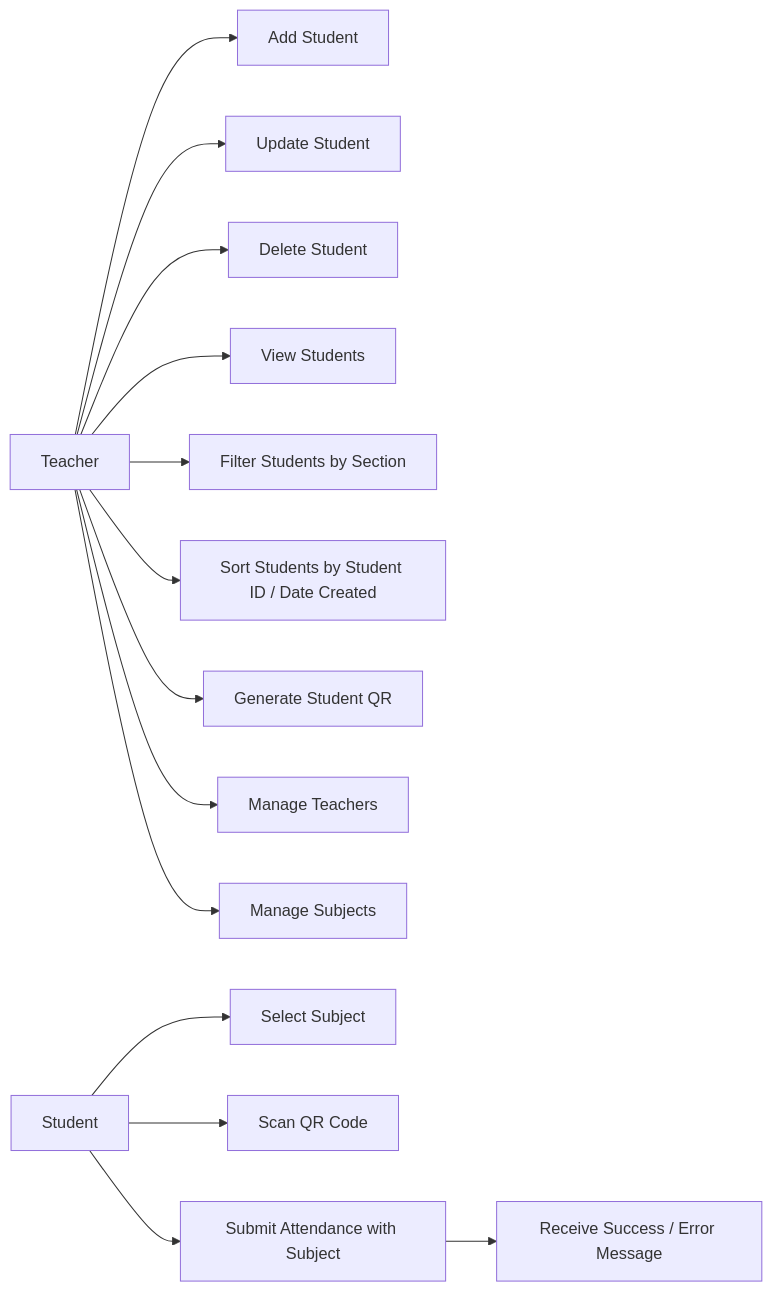
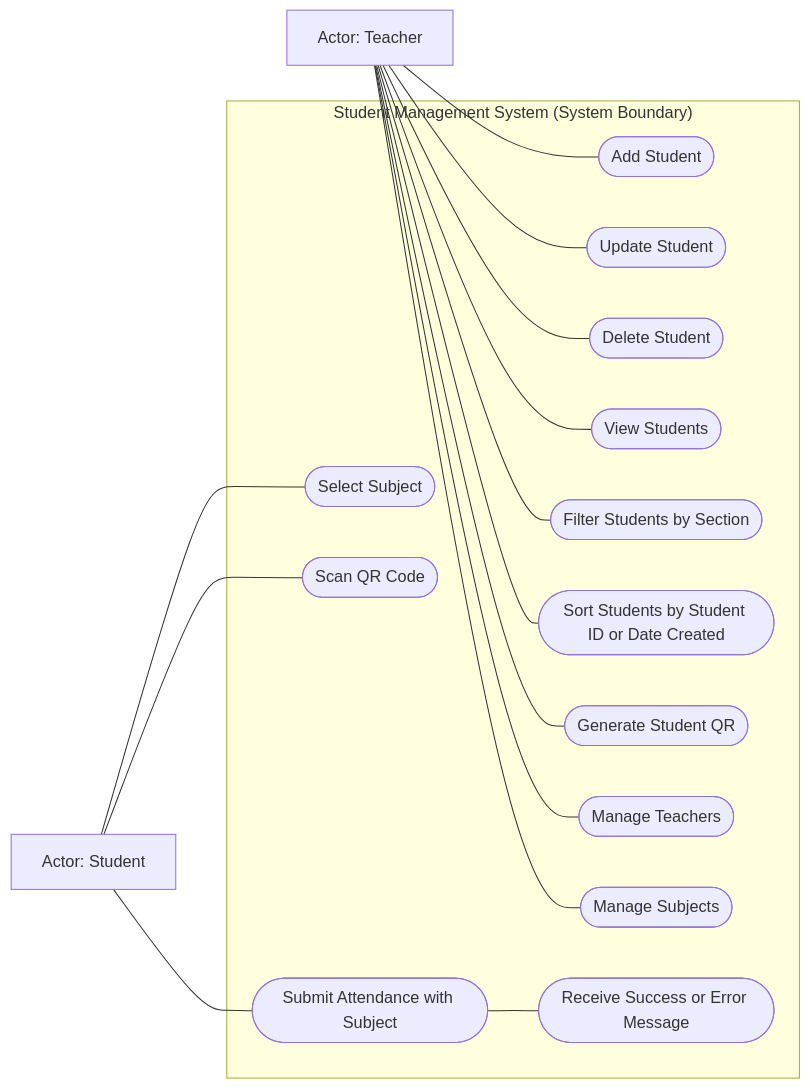
The first of 5 diagrams in README.md (OlegAngelo/student-management-system), drawn with Mermaid before and after one commit. The commit also changed other lines of this file, not shown here.

Commit message:
updaate readme for use case diagram and add QR code system flow

````diff
--- a/README.md
+++ b/README.md
@@ -80,17 +80,36 @@
 ```mermaid
 flowchart LR
-    T[Teacher] --> UC1[Add Student]
-    T --> UC2[Update Student]
-    T --> UC3[Delete Student]
-    T --> UC4[View Students]
-    T --> UC5[Filter Students by Section]
-    T --> UC6[Sort Students by Student ID / Date Created]
-    T --> UC7[Generate Student QR]
-    T --> UC8[Manage Teachers]
-    T --> UC9[Manage Subjects]
+    T["Actor: Teacher"]
+    S["Actor: Student"]
 
-    S[Student] --> UC10[Select Subject]
-    S --> UC11[Scan QR Code]
-    S --> UC12[Submit Attendance with Subject]
-    UC12 --> UC13[Receive Success / Error Message]
+    subgraph SYS["Student Management System (System Boundary)"]
+        UC1([Add Student])
+        UC2([Update Student])
+        UC3([Delete Student])
+        UC4([View Students])
+        UC5([Filter Students by Section])
+        UC6([Sort Students by Student ID or Date Created])
+        UC7([Generate Student QR])
+        UC8([Manage Teachers])
+        UC9([Manage Subjects])
+        UC10([Select Subject])
+        UC11([Scan QR Code])
+        UC12([Submit Attendance with Subject])
+        UC13([Receive Success or Error Message])
+    end
+
+    T --- UC1
+    T --- UC2
+    T --- UC3
+    T --- UC4
+    T --- UC5
+    T --- UC6
+    T --- UC7
+    T --- UC8
+    T --- UC9
+
+    S --- UC10
+    S --- UC11
+    S --- UC12
+    UC12 --- UC13
 ```
````
